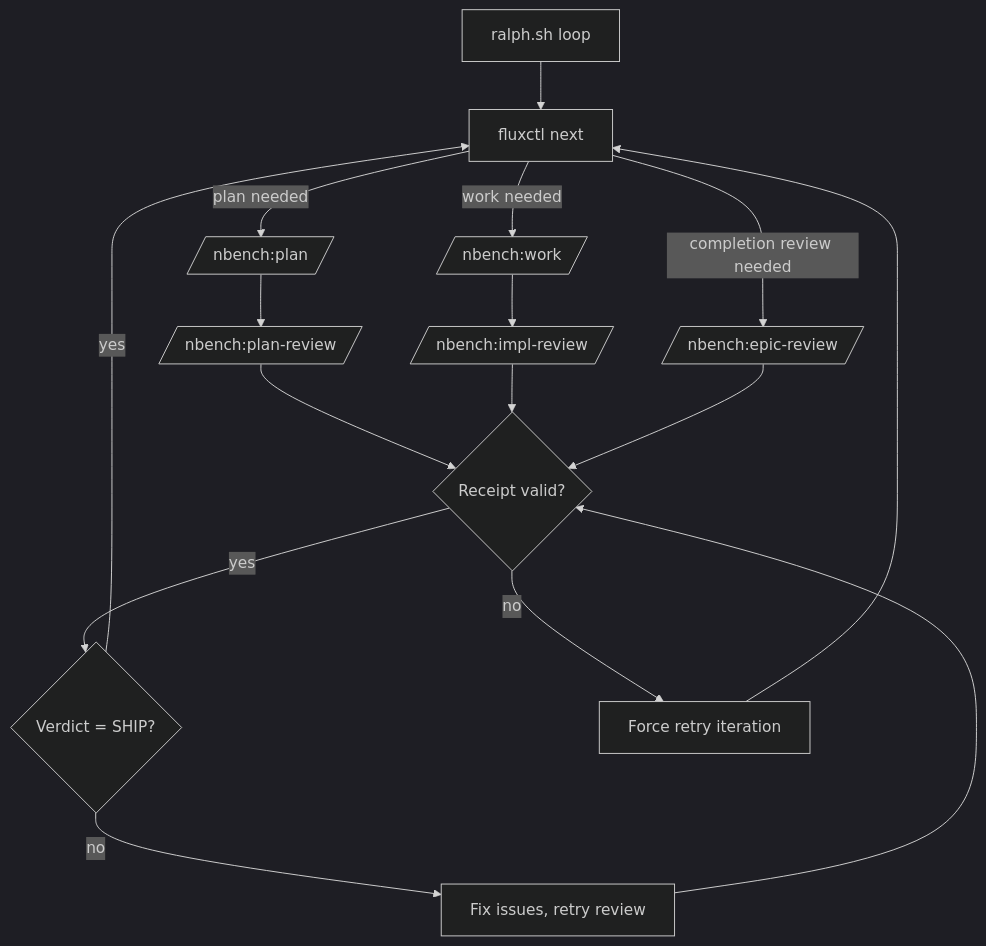
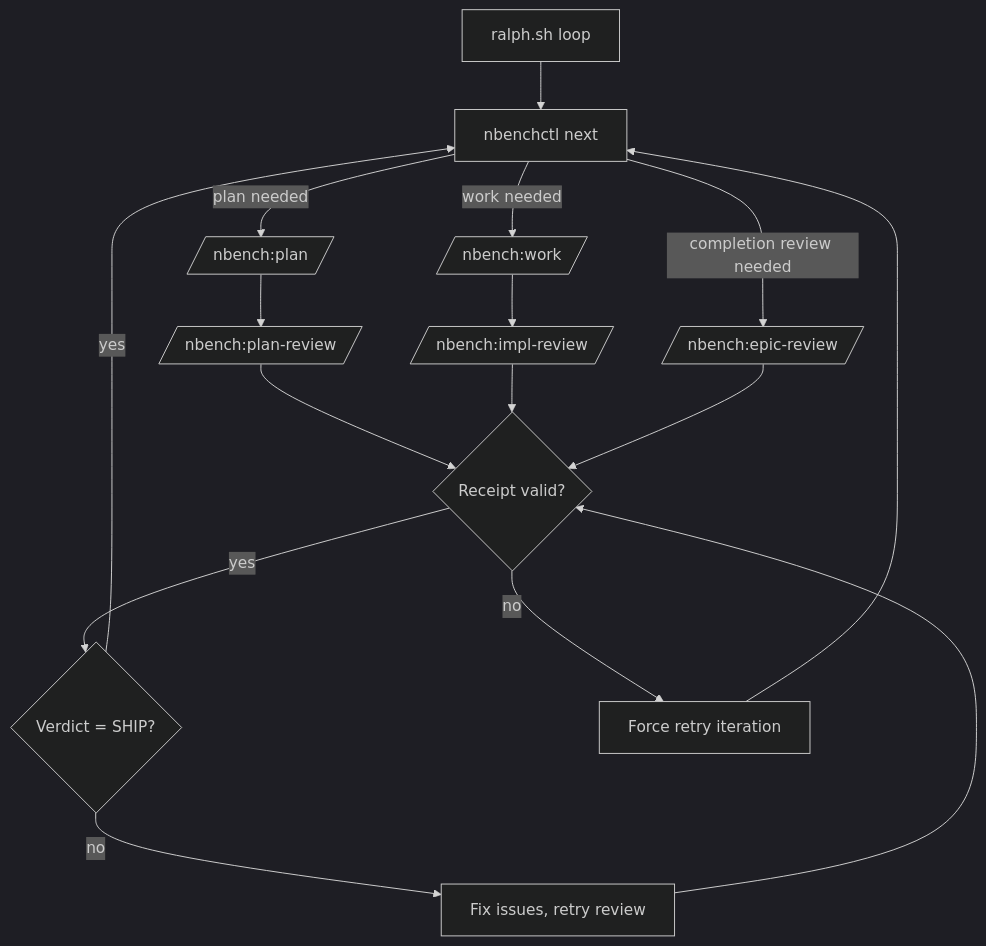
Before and after one commit to Nairon-AI/flux: the diagram in docs/ralph.md, drawn with Mermaid (dark theme). The commit also changed other lines of this file and 48 other files, not shown here.

First line of the commit message:
refactor: rename fluxctl -> nbenchctl

````diff
--- a/docs/ralph.md
+++ b/docs/ralph.md
@@ -129,18 +129,18 @@
 ```mermaid
 flowchart TD
-  A[ralph.sh loop] --> B[fluxctl next]
+  A[ralph.sh loop] --> B[nbenchctl next]
   B -->|plan needed| C[/nbench:plan/]
   C --> D[/nbench:plan-review/]
   B -->|work needed| E[/nbench:work/]
   E --> F[/nbench:impl-review/]
   B -->|completion review needed| K[/nbench:epic-review/]
   D --> G{Receipt valid?}
   F --> G
   K --> G
   G -- yes --> H{Verdict = SHIP?}
   H -- yes --> B
   H -- no --> I[Fix issues, retry review]
   I --> G
   G -- no --> J[Force retry iteration]
   J --> B
 ```
````
